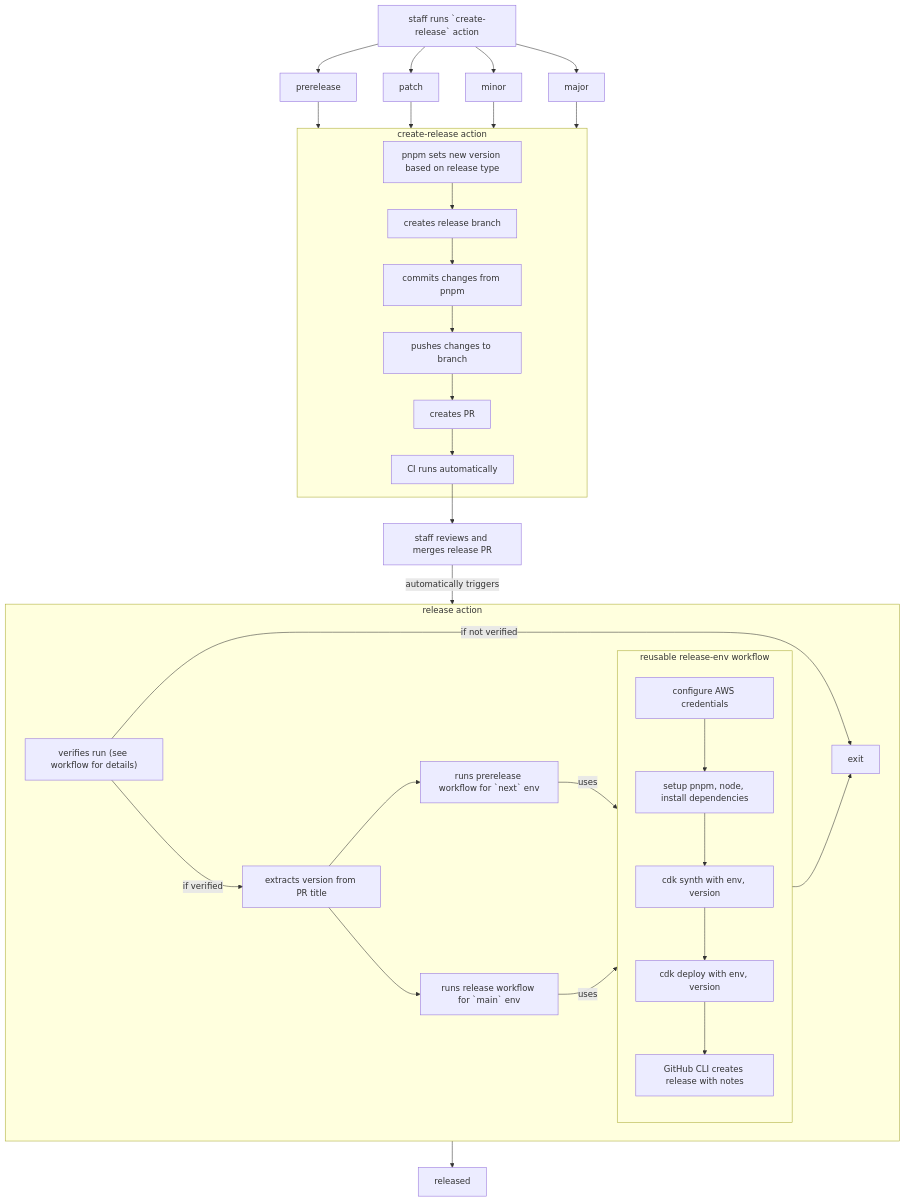
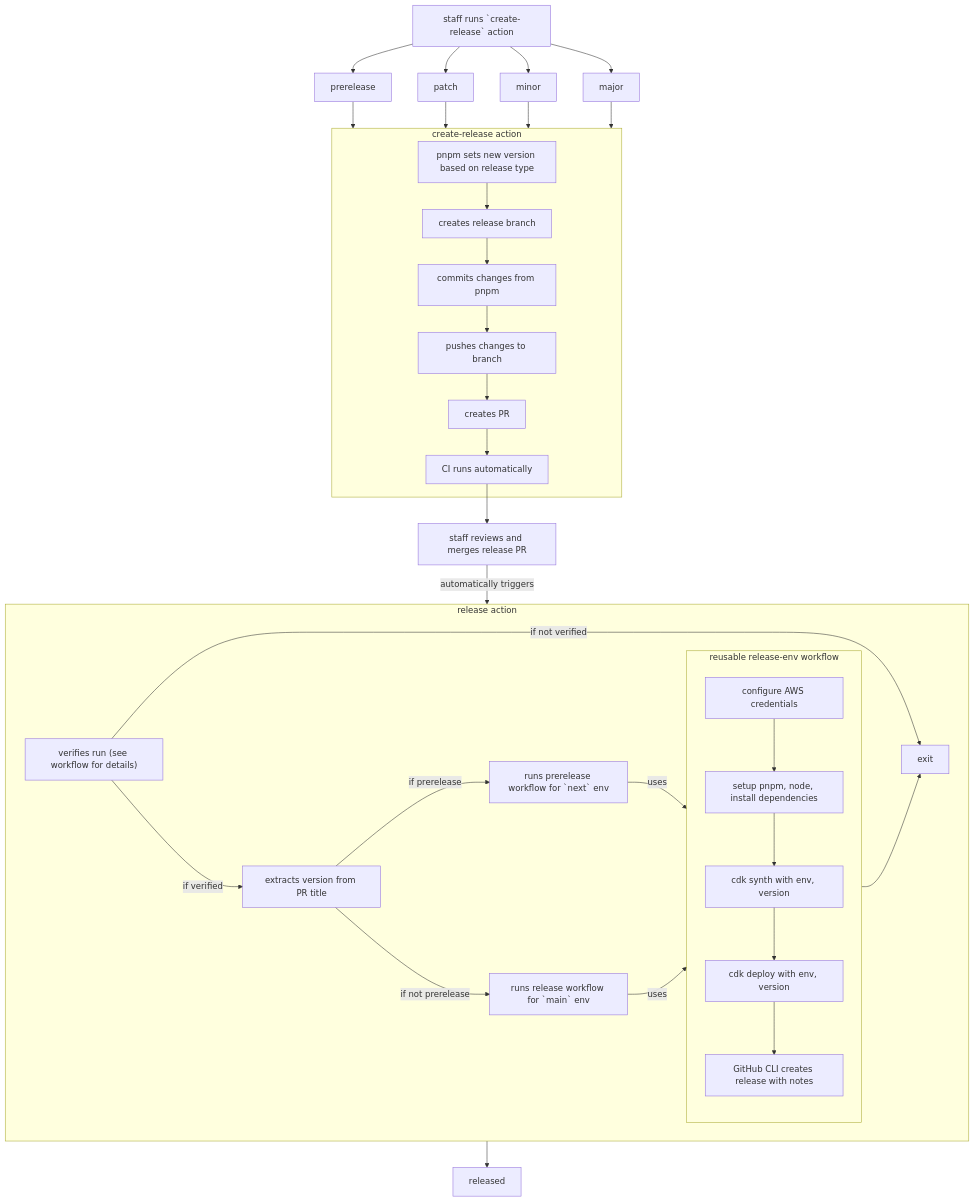
One commit to aws-amplify/discord-bot changed the diagram in CONTRIBUTING.md. Above: the diagram before and after it, drawn with Mermaid.

Commit message:
chore(docs): clarify conditional release

````diff
--- a/CONTRIBUTING.md
+++ b/CONTRIBUTING.md
@@ -97,71 +97,71 @@
 ```mermaid
 flowchart TD
     dev[staff runs `create-release` action]
     createPrerelease[prerelease]
     createPatch[patch]
     createMinor[minor]
     createMajor[major]
 
     dev-->createPrerelease
     dev-->createPatch
     dev-->createMinor
     dev-->createMajor
     createPrerelease-->create-release
     createPatch-->create-release
     createMinor-->create-release
     createMajor-->create-release
 
     subgraph create-release["create-release action"]
         pnpm[pnpm sets new version based on release type]
         releaseBranch[creates release branch]
         commitsChanges[commits changes from pnpm]
         pushesChanges[pushes changes to branch]
         createsPR[creates PR]
         releaseCi[CI runs automatically]
 
         pnpm-->releaseBranch
         releaseBranch-->commitsChanges
         commitsChanges-->pushesChanges
         pushesChanges-->createsPR
         createsPR-->releaseCi
     end
 
     staffReviewReleasePR[staff reviews and merges release PR]
     releaseCi-->staffReviewReleasePR
     staffReviewReleasePR-->|automatically triggers|releaseAction
 
     subgraph releaseAction[release action]
 
         raVerifyRun["verifies run (see workflow for details)"]
         raExtract[extracts version from PR title]
         raPrerelease[runs prerelease workflow for `next` env]
         raRelease[runs release workflow for `main` env]
 
         raVerifyRun-->|if verified|raExtract
         raVerifyRun-->|if not verified|exit
-        raExtract-->raPrerelease
-        raExtract-->raRelease
+        raExtract-->|if prerelease|raPrerelease
+        raExtract-->|if not prerelease|raRelease
         raPrerelease-->|uses|reusableReleaseEnv
         raRelease-->|uses|reusableReleaseEnv
 
         subgraph reusableReleaseEnv[reusable release-env workflow]
             rrConfigureAws[configure AWS credentials]
             rrSetup[setup pnpm, node, install dependencies]
             rrCdkSynth[cdk synth with env, version]
             rrCdkDeploy[cdk deploy with env, version]
             rrGhRelease[GitHub CLI creates release with notes]
 
             rrConfigureAws-->rrSetup
             rrSetup-->rrCdkSynth
             rrCdkSynth-->rrCdkDeploy
             rrCdkDeploy-->rrGhRelease
         end
 
         reusableReleaseEnv-->exit
 
         exit
     end
 
     releaseAction-->released
     released[released]
 ```
````
